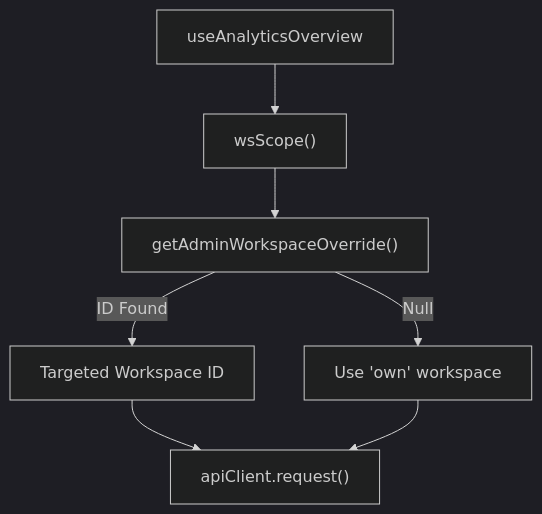
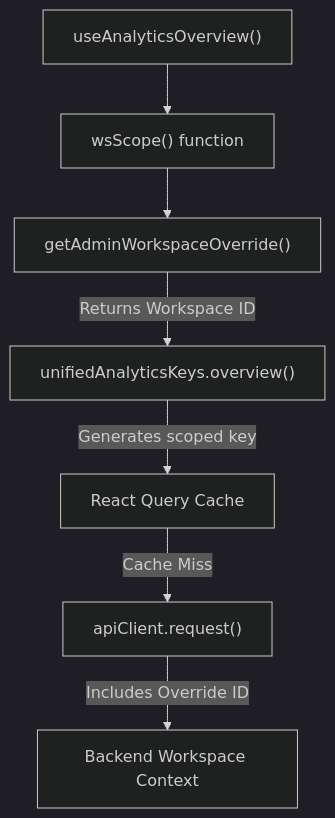
One commit to AutomatosAI/automatos-ai changed the third of 3 diagrams in docs/analytics-monitoring/admin-analytics.md. Above: the diagram before and after it, drawn with Mermaid (dark theme). The commit also changed other lines of this file and 153 other files, not shown here.

````diff
--- a/docs/analytics-monitoring/admin-analytics.md
+++ b/docs/analytics-monitoring/admin-analytics.md
@@ -198,14 +150,15 @@
 ```mermaid
 graph TB
-    Hook["useAnalyticsOverview"]
-    wsScope["wsScope()"]
+    Hook["useAnalyticsOverview()"]
+    wsScope["wsScope() function"]
     Override["getAdminWorkspaceOverride()"]
+    QueryKey["unifiedAnalyticsKeys.overview()"]
     
     Hook --> wsScope
     wsScope --> Override
-    Override -->|ID Found| Header["Targeted Workspace ID"]
-    Override -->|Null| Default["Use 'own' workspace"]
+    Override -- "Returns Workspace ID" --> QueryKey
+    QueryKey -- "Generates scoped key" --> Cache["React Query Cache"]
     
-    Header --> API["apiClient.request()"]
-    Default --> API
+    Cache -- "Cache Miss" --> API["apiClient.request()"]
+    API -- "Includes Override ID" --> Backend["Backend Workspace Context"]
 ```
````
